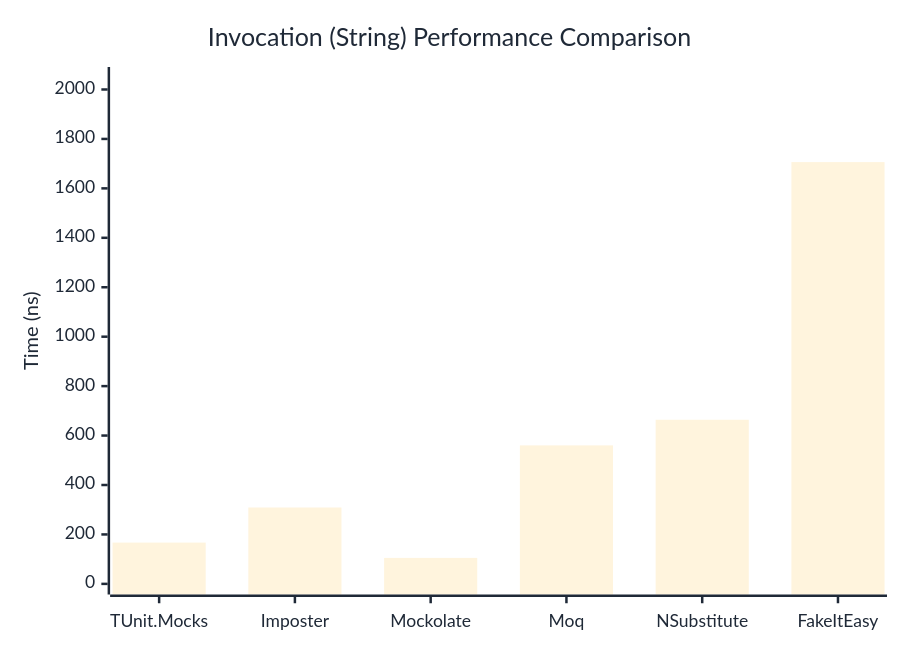
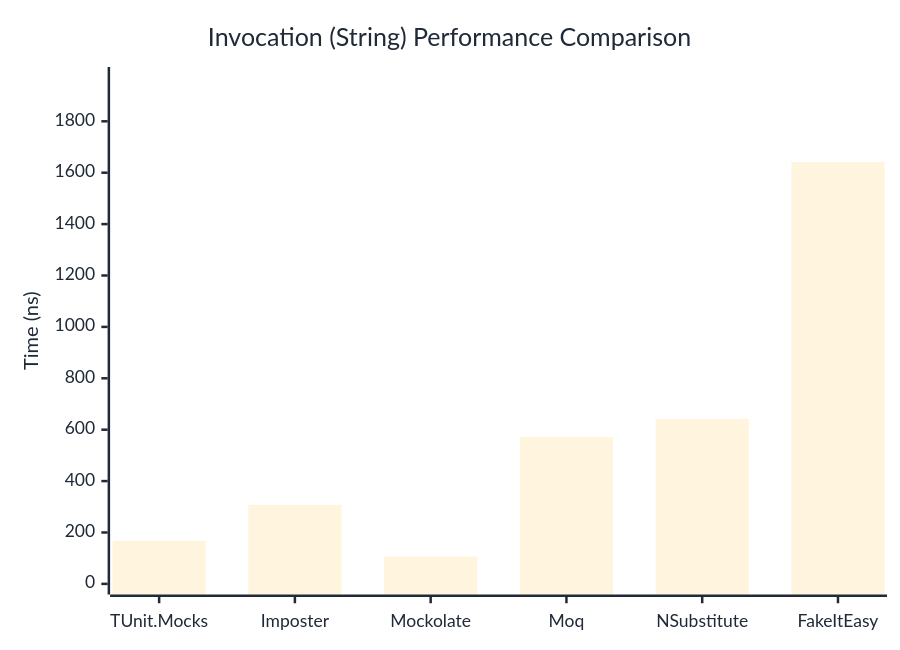
The second of 3 diagrams in docs/docs/benchmarks/mocks/Invocation.md (thomhurst/TUnit), drawn with Mermaid before and after one commit. The commit also changed other lines of this file and 14 other files, not shown here.

````diff
--- a/docs/docs/benchmarks/mocks/Invocation.md
+++ b/docs/docs/benchmarks/mocks/Invocation.md
@@ -71,27 +71,27 @@
 ```mermaid
 %%{init: {
   'theme':'base',
   'themeVariables': {
     'primaryColor': '#2563eb',
     'primaryTextColor': '#1f2937',
     'primaryBorderColor': '#1e40af',
     'lineColor': '#6b7280',
     'secondaryColor': '#7c3aed',
     'tertiaryColor': '#dc2626',
     'background': '#ffffff',
     'pie1': '#2563eb',
     'pie2': '#7c3aed',
     'pie3': '#dc2626',
     'pie4': '#f59e0b',
     'pie5': '#10b981',
     'pie6': '#06b6d4',
     'pie7': '#ec4899',
     'pie8': '#6366f1'
   }
 }}%%
 xychart-beta
   title "Invocation (String) Performance Comparison"
   x-axis ["TUnit.Mocks", "Imposter", "Mockolate", "Moq", "NSubstitute", "FakeItEasy"]
-  y-axis "Time (ns)" 0 --> 2048
-  bar [167, 309, 105, 560.2, 663.9, 1706.2]
+  y-axis "Time (ns)" 0 --> 1970
+  bar [167.4, 307.7, 106.2, 571.2, 642.2, 1641.4]
 ```
````
